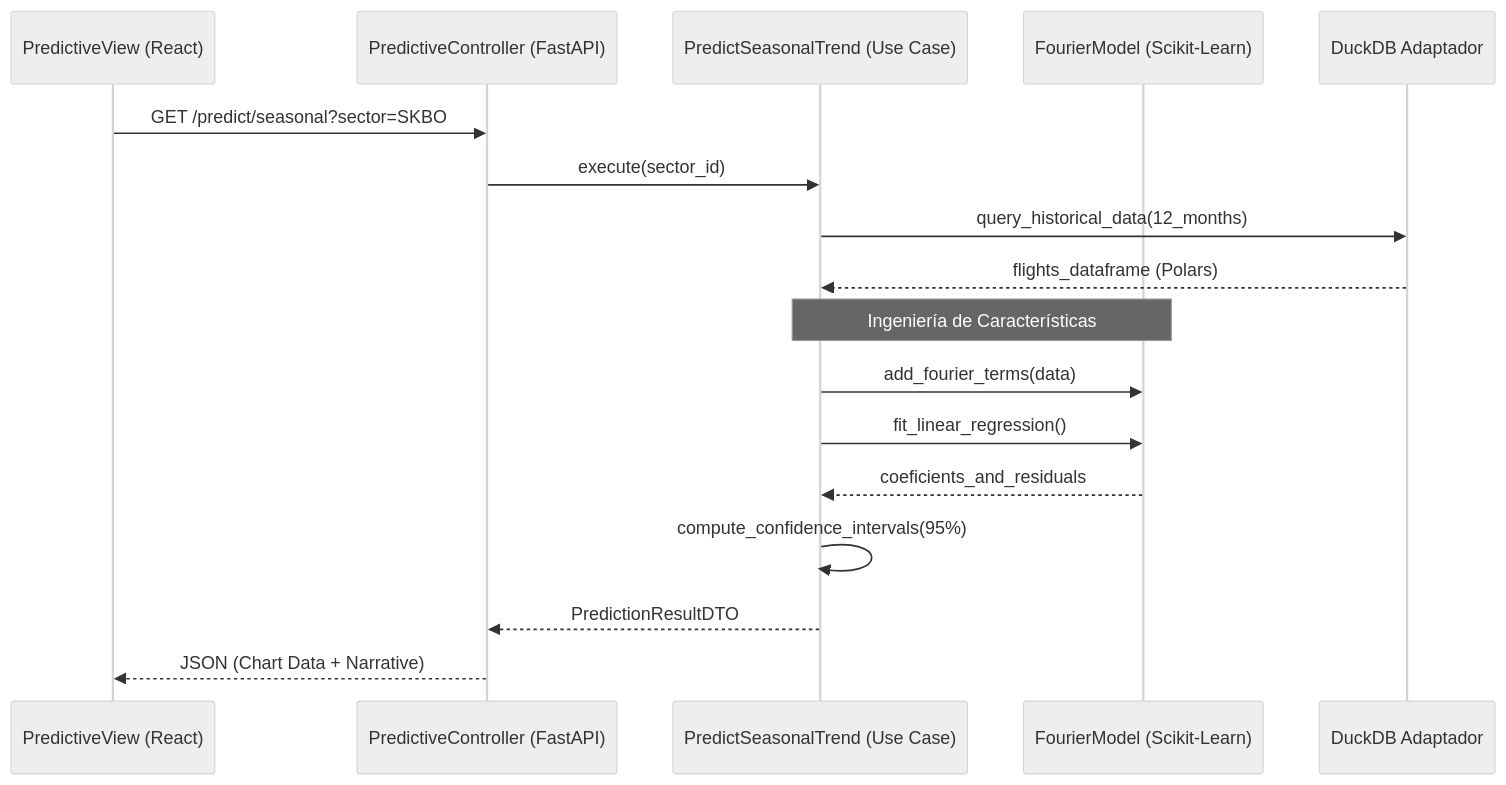
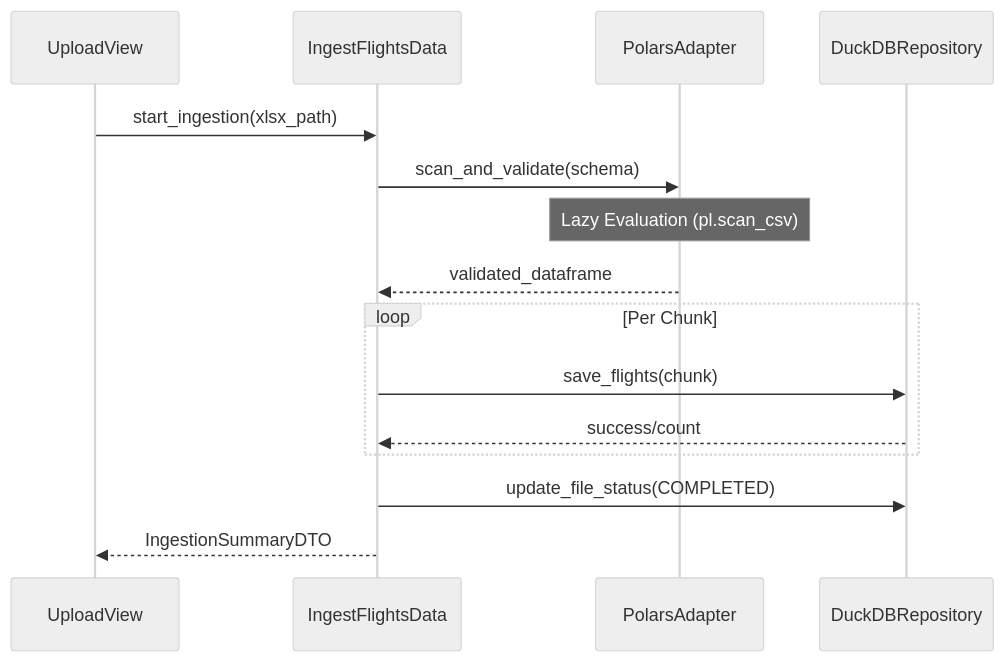
Before and after one commit to ivmafo/tsis_umb_data_science: the second of 5 diagrams in docs/application.md, drawn with Mermaid (neutral theme). The commit also changed other lines of this file and 1 other file, not shown here.

Commit message:
docs: expand technical and application manuals to extreme detail, add mathematical derivations, architectural diagrams and academic bibliography

````diff
--- a/docs/application.md
+++ b/docs/application.md
@@ -48,22 +39,20 @@
 ```mermaid
 sequenceDiagram
-    participant UI as PredictiveView (React)
-    participant Ctrl as PredictiveController (FastAPI)
-    participant UC as PredictSeasonalTrend (Use Case)
-    participant ML as FourierModel (Scikit-Learn)
-    participant DB as DuckDB Adaptador
+    participant UI as UploadView
+    participant UC as IngestFlightsData
+    participant PL as PolarsAdapter
+    participant DB as DuckDBRepository
 
-    UI->>Ctrl: GET /predict/seasonal?sector=SKBO
-    Ctrl->>UC: execute(sector_id)
-    UC->>DB: query_historical_data(12_months)
-    DB-->>UC: flights_dataframe (Polars)
+    UI->>UC: start_ingestion(xlsx_path)
+    UC->>PL: scan_and_validate(schema)
+    Note over PL: Lazy Evaluation (pl.scan_csv)
+    PL-->>UC: validated_dataframe
     
-    Note over UC, ML: Ingeniería de Características
-    UC->>ML: add_fourier_terms(data)
-    UC->>ML: fit_linear_regression()
-    ML-->>UC: coeficients_and_residuals
-    
-    UC->>UC: compute_confidence_intervals(95%)
-    UC-->>Ctrl: PredictionResultDTO
-    Ctrl-->>UI: JSON (Chart Data + Narrative)
+    loop Per Chunk
+        UC->>DB: save_flights(chunk)
+        DB-->>UC: success/count
+    end
+
+    UC->>DB: update_file_status(COMPLETED)
+    UC-->>UI: IngestionSummaryDTO
 ```
````
